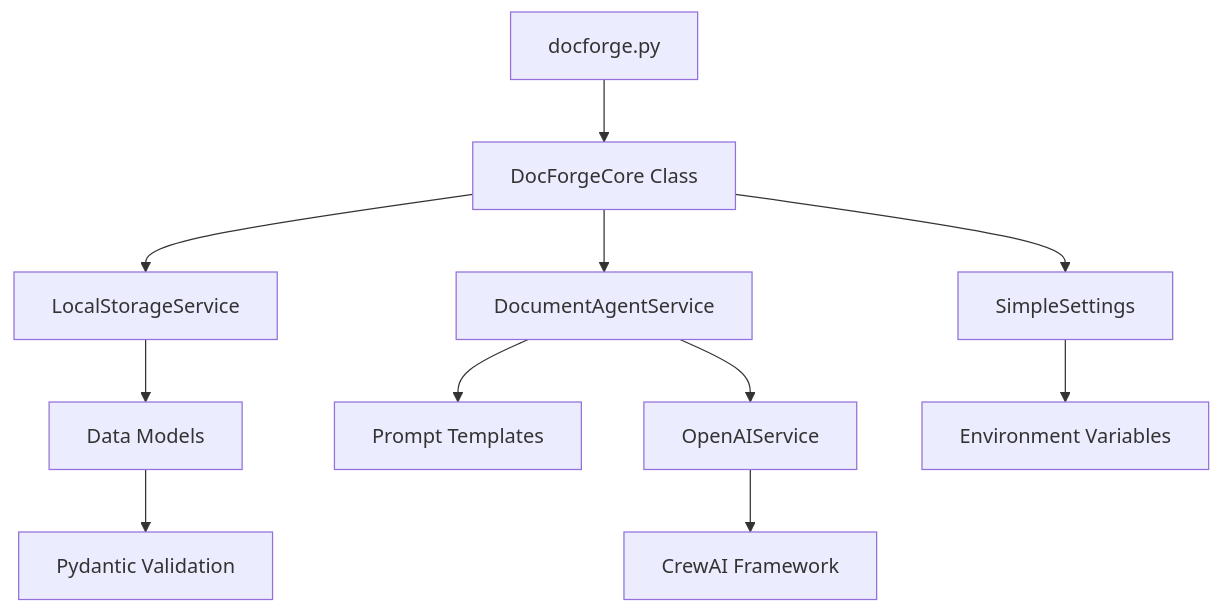
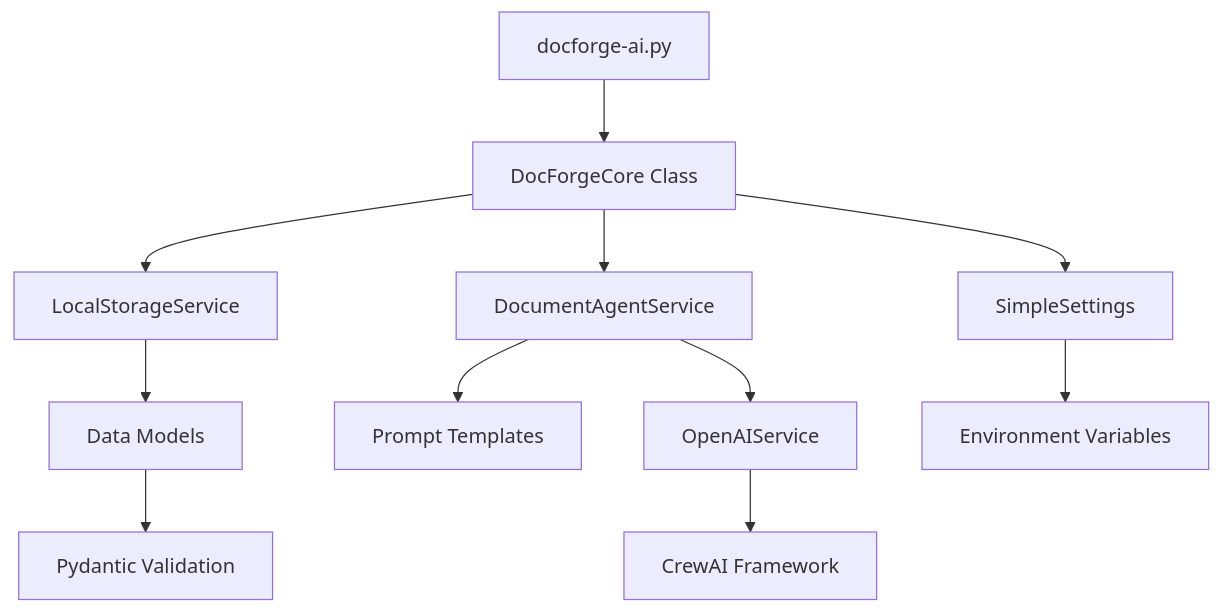
One commit to Venkatesh188/docforge changed the diagram in docs/DEVELOPER_GUIDE.md. Above: the diagram before and after it, drawn with Mermaid. The commit also changed other lines of this file and 18 other files, not shown here.

Commit message:
Refactor CLI commands and documentation to use 'docforge-ai' instead of 'docforge'. Update Python version requirement to 3.10 or higher, and enhance installation instructions across various documents. Version bumped to 2.0.2.

````diff
--- a/docs/DEVELOPER_GUIDE.md
+++ b/docs/DEVELOPER_GUIDE.md
@@ -136,17 +136,17 @@
 ```mermaid
 graph TD
-    CLI[docforge.py] --> Core[DocForgeCore Class]
+    CLI[docforge-ai.py] --> Core[DocForgeCore Class]
     
     Core --> Storage[LocalStorageService]
     Core --> Agents[DocumentAgentService] 
     Core --> Config[SimpleSettings]
     
     Agents --> OpenAI[OpenAIService]
     Agents --> Templates[Prompt Templates]
     
     Storage --> Models[Data Models]
     Config --> Env[Environment Variables]
     
     Models --> Pydantic[Pydantic Validation]
     OpenAI --> CrewAI[CrewAI Framework]
 ```
````
